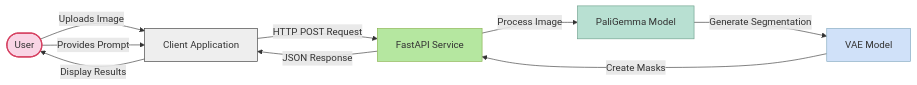
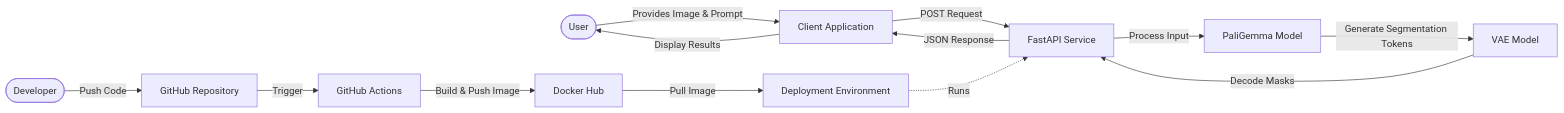
Before and after one commit to JoeJoe1313/JoeJoe1313.github.io: the diagram in content/articles/2025-04-29-app-docker-fastapi.md, drawn with Mermaid. The commit also changed other lines of this file and 4 other files, not shown here.

````diff
--- a/content/articles/2025-04-29-app-docker-fastapi.md
+++ b/content/articles/2025-04-29-app-docker-fastapi.md
@@ -19,19 +58,16 @@
-  <pre class="mermaid">
-      graph LR
-      User([User]) -->|Uploads Image| Client[Client Application]
-      User -->|Provides Prompt| Client
-      
-      Client -->|HTTP POST Request| API[FastAPI Service]
-      API -->|Process Image| PaliGemma[PaliGemma Model]
-      PaliGemma -->|Generate Segmentation| VAE[VAE Model]
-      VAE -->|Create Masks| API
-      
-      API -->|JSON Response| Client
-      Client -->|Display Results| User
-      
-      style User fill:#f9d5e5,stroke:#d64161,stroke-width:2px
-      style Client fill:#eeeeee,stroke:#333333
-      style API fill:#b5e7a0,stroke:#86af49
-      style PaliGemma fill:#b8e0d2,stroke:#6a9c89
-      style VAE fill:#d0e1f9,stroke:#7fa6bc
-  </pre>
+```mermaid
+graph LR
+    User([User]) -->|Provides Image & Prompt| ClientApp[Client Application]
+    ClientApp -->|POST Request| FastAPI_Service[FastAPI Service]
+    FastAPI_Service -->|Process Input| PaliGemma_Model[PaliGemma Model]
+    PaliGemma_Model -->|Generate Segmentation Tokens| VAE_Model[VAE Model]
+    VAE_Model -->|Decode Masks| FastAPI_Service
+    FastAPI_Service -->|JSON Response | ClientApp
+    ClientApp -->|Display Results| User
+
+    Developer([Developer]) -->|Push Code| GitHubRepo[GitHub Repository]
+    GitHubRepo -->|Trigger| GitHubActions[GitHub Actions]
+    GitHubActions -->|Build & Push Image| DockerRegistry[Docker Hub]
+    DockerRegistry -->|Pull Image| DeploymentEnv[Deployment Environment]
+    DeploymentEnv -.->|Runs| FastAPI_Service
+```
````
